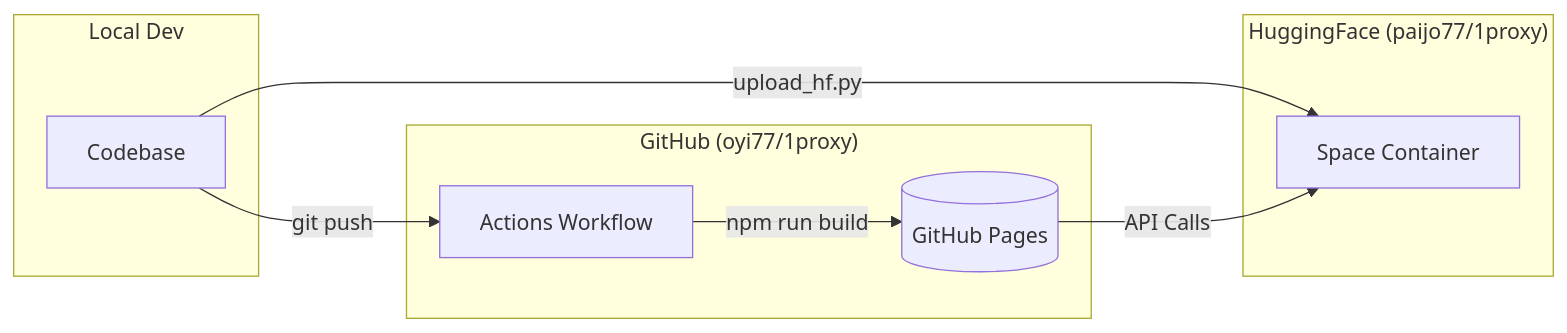
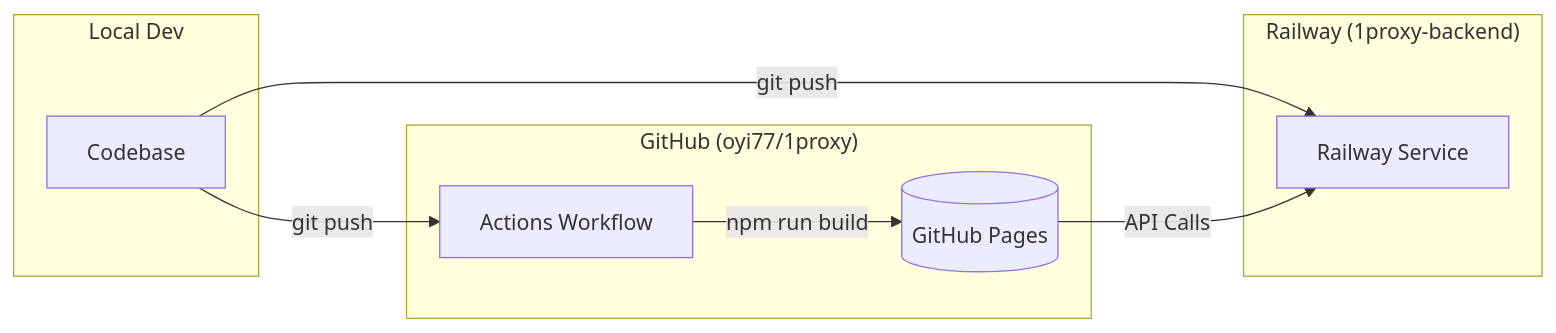
Before and after one commit to oyi77/1proxy: the diagram in DEPLOYMENT_GUIDE.md, drawn with Mermaid. The commit also changed other lines of this file and 5 other files, not shown here.

First line of the commit message:
feat: migrate backend deployment from HuggingFace to Railway

````diff
--- a/DEPLOYMENT_GUIDE.md
+++ b/DEPLOYMENT_GUIDE.md
@@ -9,20 +9,20 @@
 ```mermaid
 graph LR
     subgraph "Local Dev"
         C[Codebase]
     end
 
     subgraph "GitHub (oyi77/1proxy)"
         W[Actions Workflow]
         GP[(GitHub Pages)]
     end
 
-    subgraph "HuggingFace (paijo77/1proxy)"
-        HF[Space Container]
+    subgraph "Railway (1proxy-backend)"
+        RW[Railway Service]
     end
 
     C -->|git push| W
     W -->|npm run build| GP
-    C -->|upload_hf.py| HF
-    GP -->|API Calls| HF
+    C -->|git push| RW
+    GP -->|API Calls| RW
 ```
````
